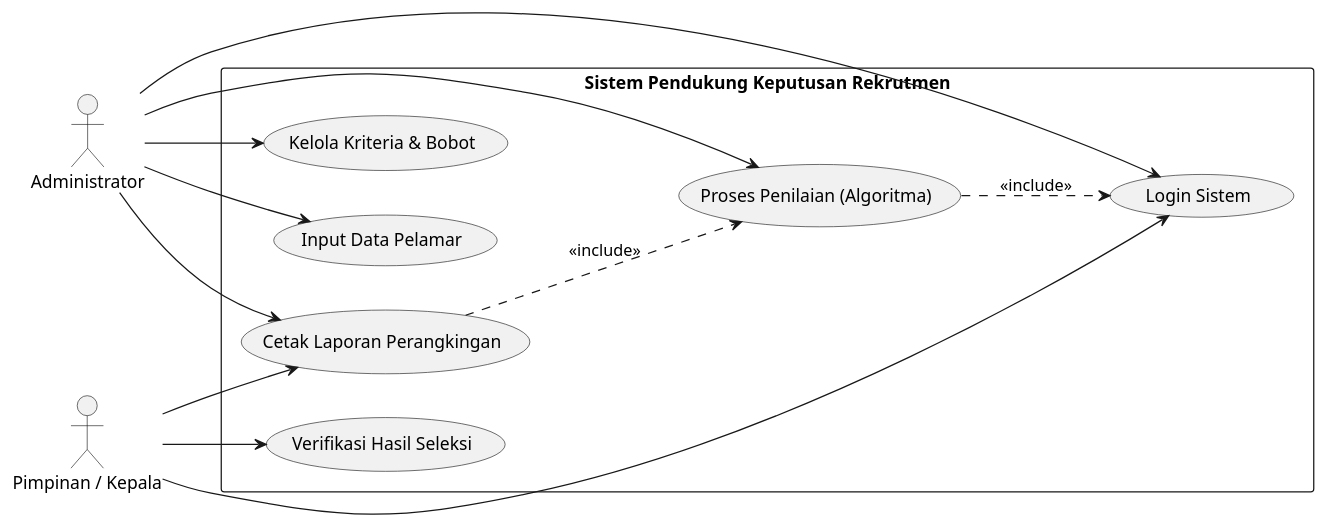
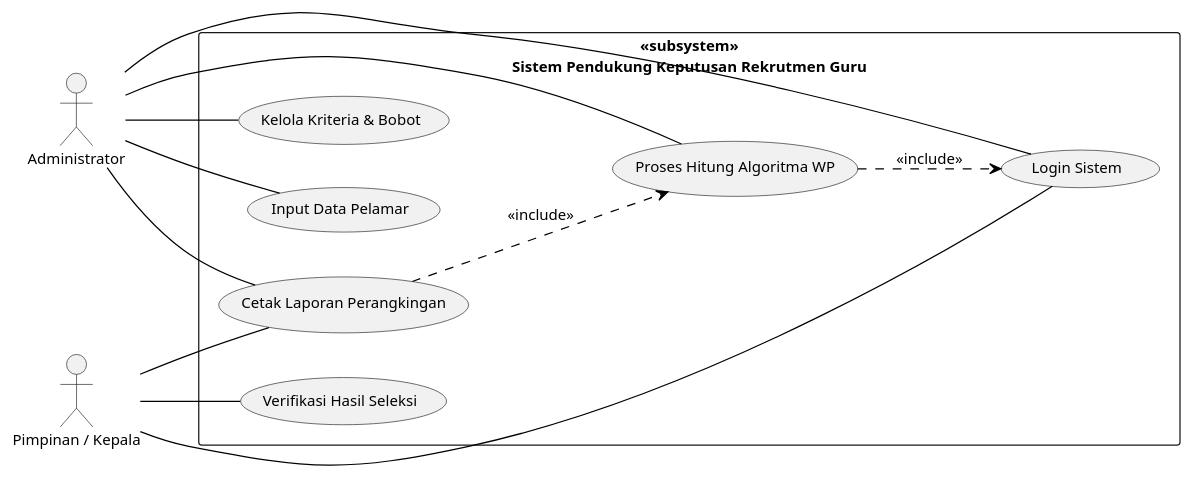
One commit to skimatt/ai-thesis-workspace changed the second of 8 diagrams in SOP/SOP_DIAGRAM.md. Above: the diagram before and after it, drawn with PlantUML. The commit also changed other lines of this file and 55 other files, not shown here.

Commit message:
feat: upgrade workspace to modular architecture v3.0 with automated compiler and QA tooling

````diff
--- a/SOP/SOP_DIAGRAM.md
+++ b/SOP/SOP_DIAGRAM.md
@@ -126,33 +129,37 @@
 ```plantuml
 @startuml
 skinparam monochrome true
 skinparam shadowing false
 skinparam defaultFontName "Times New Roman"
+skinparam defaultFontSize 12
+skinparam backgroundColor #FFFFFF
+skinparam ArrowColor #000000
+skinparam BorderColor #000000
 left to right direction
 
 actor "Administrator" as Admin
 actor "Pimpinan / Kepala" as Pimpinan
 
-rectangle "Sistem Pendukung Keputusan Rekrutmen" {
+rectangle "«subsystem»\nSistem Pendukung Keputusan Rekrutmen Guru" {
     usecase "Login Sistem" as UC_Login
     usecase "Kelola Kriteria & Bobot" as UC_Kriteria
     usecase "Input Data Pelamar" as UC_Pelamar
-    usecase "Proses Penilaian (Algoritma)" as UC_Hitung
-    usecase "Verifikasi Hasil Seleksi" as UC_Verifikasi
-    usecase "Cetak Laporan Perangkingan" as UC_Laporan
+    usecase "Proses Hitung Algoritma WP" as UC_WP
+    usecase "Verifikasi Hasil Seleksi" as UC_Verif
+    usecase "Cetak Laporan Perangkingan" as UC_Cetak
 }
 
-Admin --> UC_Login
-Admin --> UC_Kriteria
-Admin --> UC_Pelamar
-Admin --> UC_Hitung
-Admin --> UC_Laporan
+Admin -- UC_Login
+Admin -- UC_Kriteria
+Admin -- UC_Pelamar
+Admin -- UC_WP
+Admin -- UC_Cetak
 
-Pimpinan --> UC_Login
-Pimpinan --> UC_Verifikasi
-Pimpinan --> UC_Laporan
+Pimpinan -- UC_Login
+Pimpinan -- UC_Verif
+Pimpinan -- UC_Cetak
 
-UC_Hitung ..> UC_Login : <<include>>
-UC_Laporan ..> UC_Hitung : <<include>>
+UC_WP ..> UC_Login : <<include>>
+UC_Cetak ..> UC_WP : <<include>>
 @enduml
 ```
````
